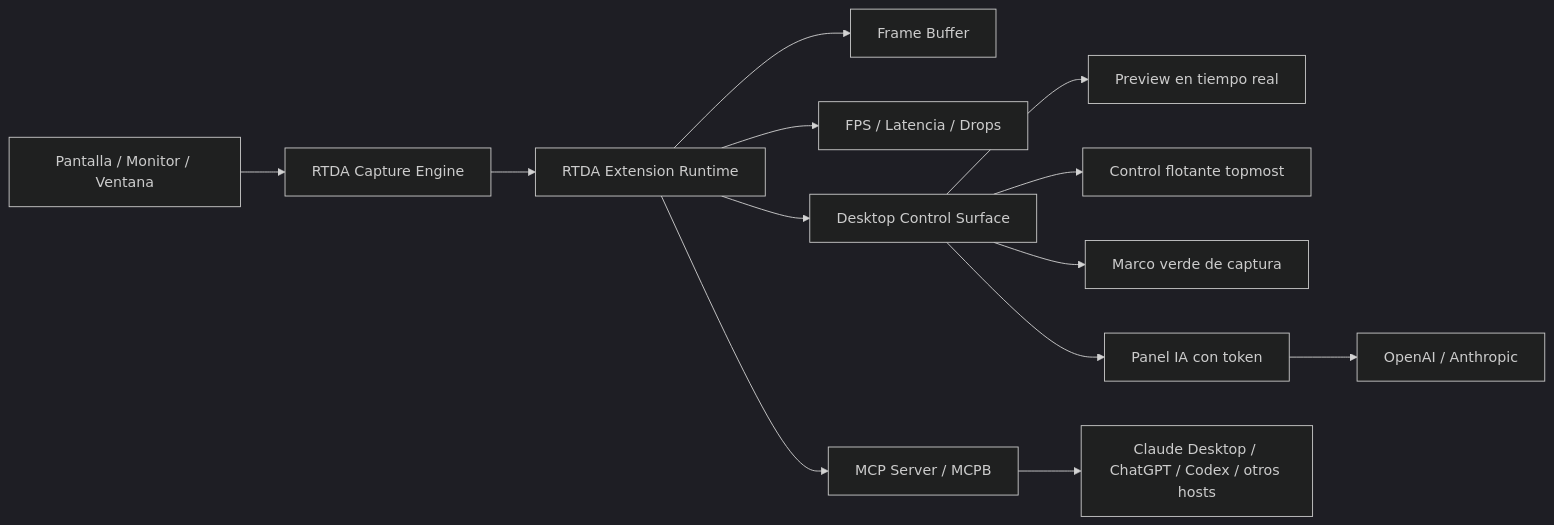
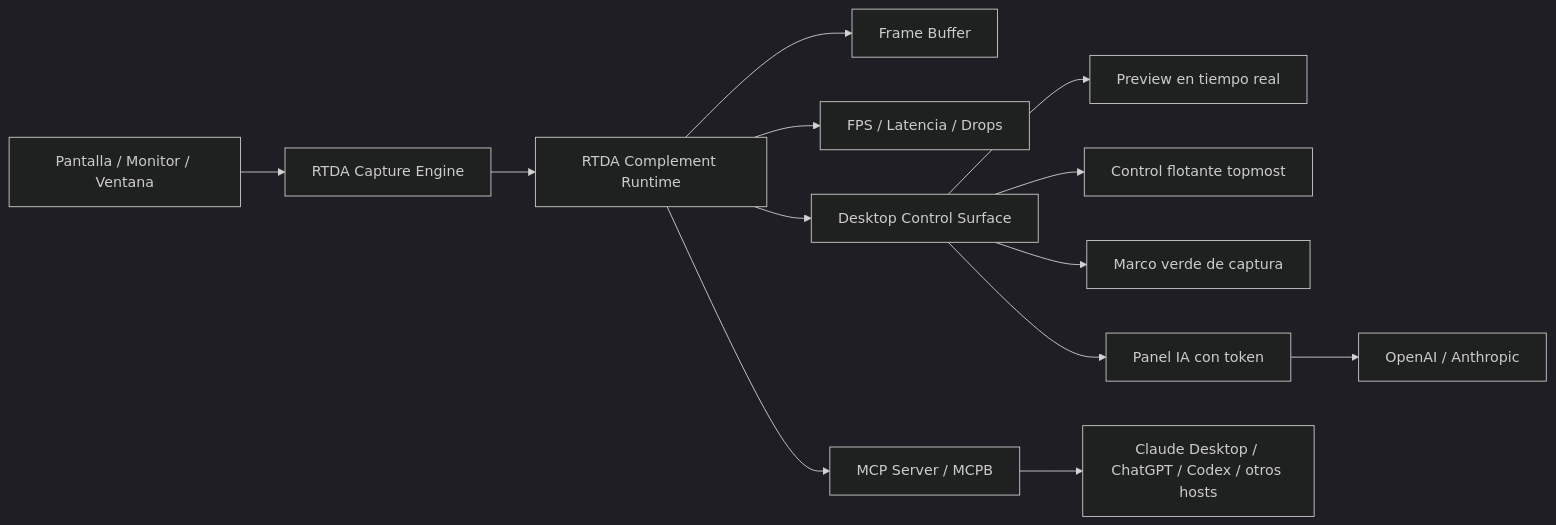
One commit to Adan0423/real-time-desktop-agent changed the diagram in README.md. Above: the diagram before and after it, drawn with Mermaid (dark theme). The commit also changed other lines of this file and 22 other files, not shown here.

````diff
--- a/README.md
+++ b/README.md
@@ -35,15 +35,15 @@
 ```mermaid
 flowchart LR
     Screen["Pantalla / Monitor / Ventana"] --> Capture["RTDA Capture Engine"]
-    Capture --> Runtime["RTDA Extension Runtime"]
+    Capture --> Runtime["RTDA Complement Runtime"]
     Runtime --> Buffer["Frame Buffer"]
     Runtime --> Metrics["FPS / Latencia / Drops"]
     Runtime --> MCP["MCP Server / MCPB"]
     Runtime --> Desktop["Desktop Control Surface"]
     Desktop --> Preview["Preview en tiempo real"]
     Desktop --> Floating["Control flotante topmost"]
     Desktop --> Overlay["Marco verde de captura"]
     Desktop --> AIClient["Panel IA con token"]
     AIClient --> Providers["OpenAI / Anthropic"]
     MCP --> Hosts["Claude Desktop / ChatGPT / Codex / otros hosts"]
 ```
````
